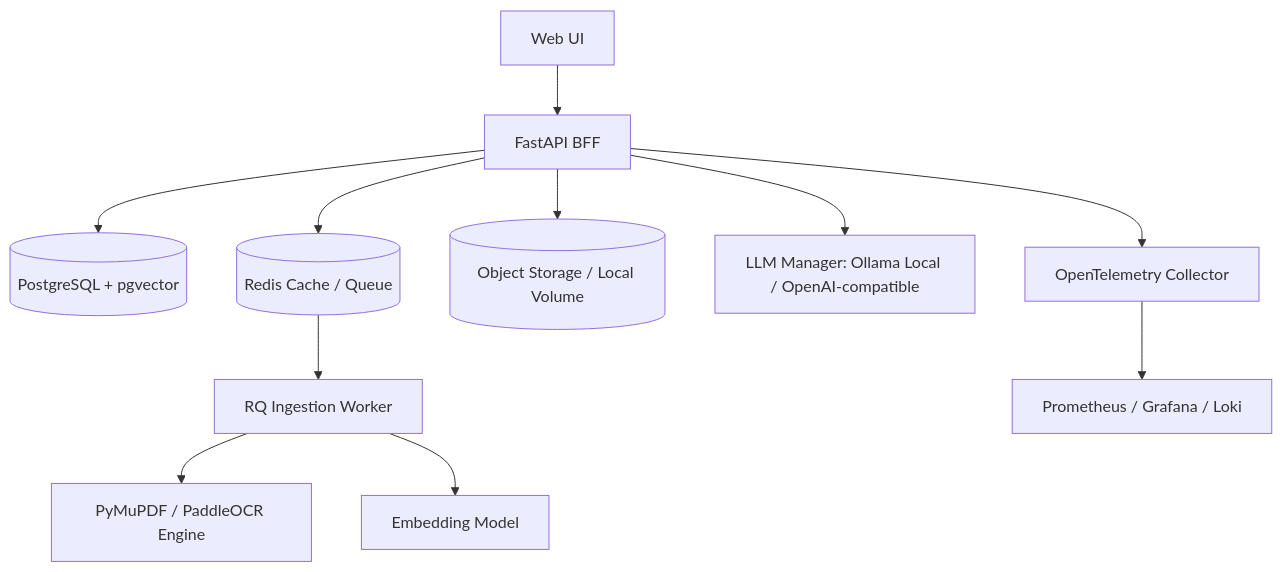
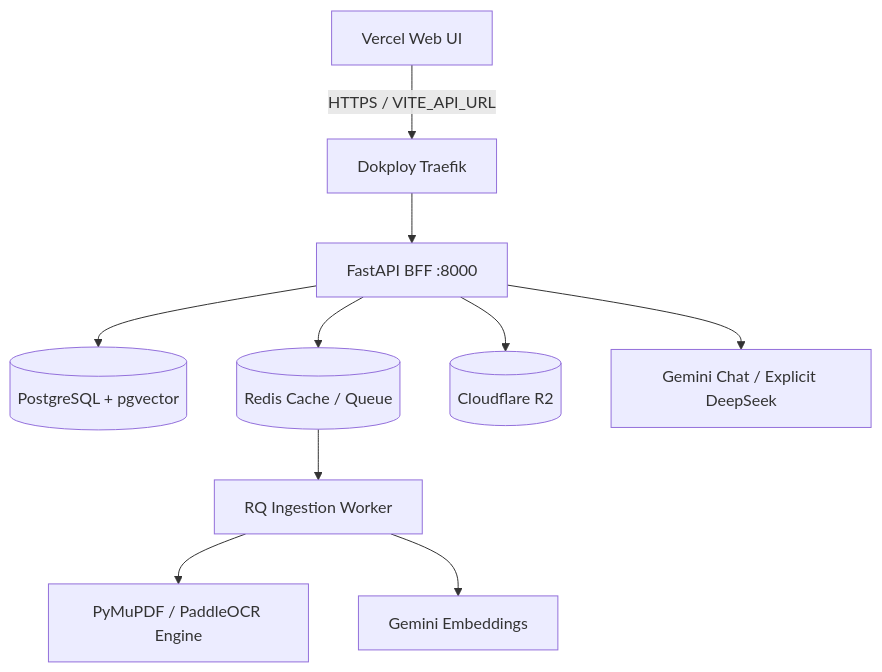
The diagram in docs/10-deployment/deployment-guide.md (qwan30/chat-hospital-system), drawn with Mermaid before and after one commit. The commit also changed other lines of this file and 6 other files, not shown here.

````diff
--- a/docs/10-deployment/deployment-guide.md
+++ b/docs/10-deployment/deployment-guide.md
@@ -30,13 +34,12 @@
 ```mermaid
 flowchart TD
-    WEB[Web UI] --> API[FastAPI BFF]
+    WEB[Vercel Web UI] -->|HTTPS / VITE_API_URL| TRAEFIK[Dokploy Traefik]
+    TRAEFIK --> API[FastAPI BFF :8000]
     API --> PG[(PostgreSQL + pgvector)]
     API --> REDIS[(Redis Cache / Queue)]
-    API --> STORAGE[(Object Storage / Local Volume)]
+    API --> STORAGE[(Cloudflare R2)]
     REDIS --> WORKER[RQ Ingestion Worker]
     WORKER --> OCR[PyMuPDF / PaddleOCR Engine]
-    WORKER --> EMB[Embedding Model]
-    API --> LLM[LLM Manager: Ollama Local / OpenAI-compatible]
-    API --> OBS[OpenTelemetry Collector]
-    OBS --> PROM[Prometheus / Grafana / Loki]
+    WORKER --> EMB[Gemini Embeddings]
+    API --> LLM[Gemini Chat / Explicit DeepSeek]
 ```
````
